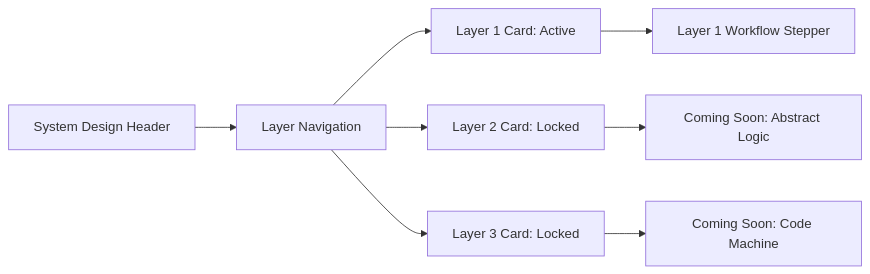
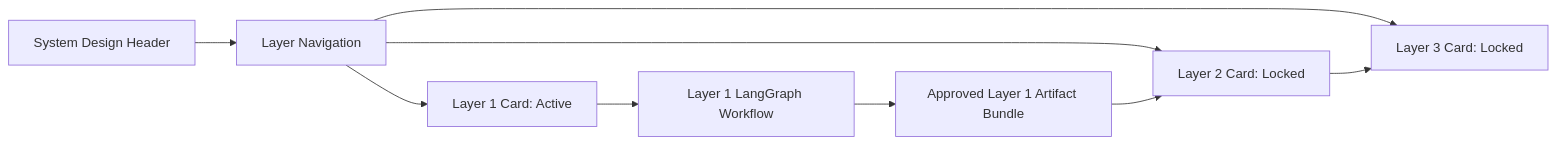
Before and after one commit to ProductMasterz/Mujarrad-Frontend: the eighth of 19 diagrams in Docs/system-design-detailed-plan.md, drawn with Mermaid. The commit also changed other lines of this file, not shown here.

Commit message:
Refine system design architecture plan

````diff
--- a/Docs/system-design-detailed-plan.md
+++ b/Docs/system-design-detailed-plan.md
@@ -1035,12 +984,14 @@
 ```mermaid
 flowchart LR
     A[System Design Header] --> B[Layer Navigation]
 
     B --> C[Layer 1 Card: Active]
     B --> D[Layer 2 Card: Locked]
     B --> E[Layer 3 Card: Locked]
 
-    C --> F[Layer 1 Workflow Stepper]
-    D --> G[Coming Soon: Abstract Logic]
-    E --> H[Coming Soon: Code Machine]
+    C --> F[Layer 1 LangGraph Workflow]
+    F --> G[Approved Layer 1 Artifact Bundle]
+
+    G --> D
+    D --> E
 ```
````
